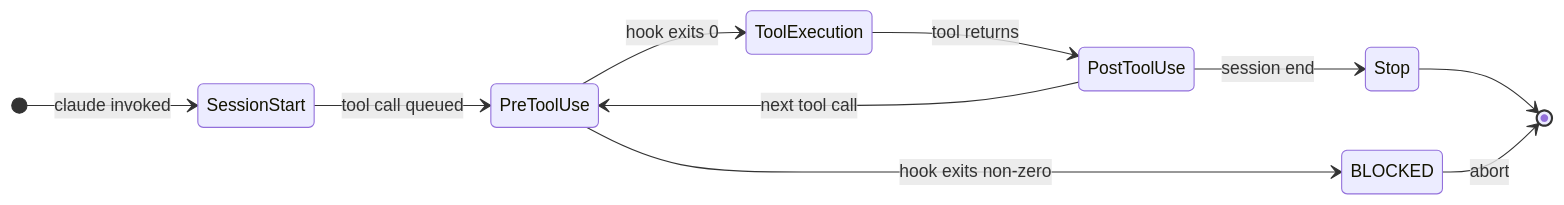
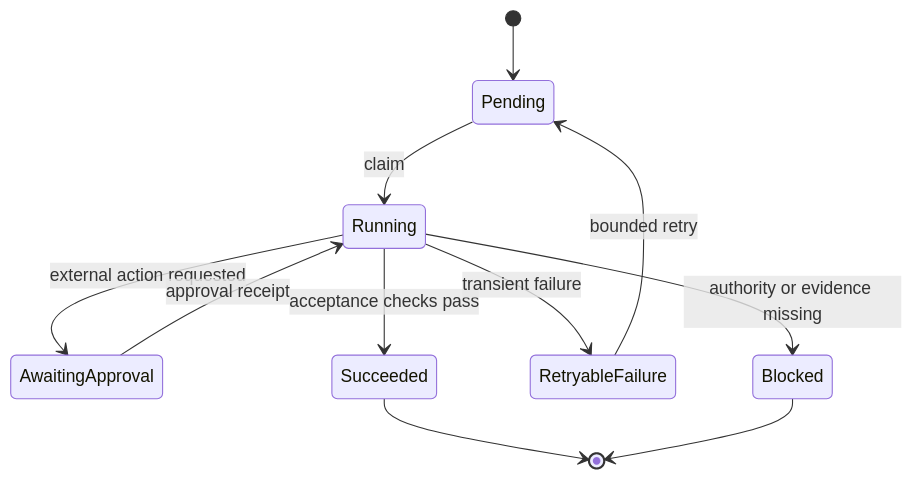
The second of 2 diagrams in docs/llm-agents/uml-driven-agent-development.md (AnastasiyaW/knowledge-space), drawn with Mermaid before and after one commit. The commit also changed other lines of this file and 12 other files, not shown here.

````diff
--- a/docs/llm-agents/uml-driven-agent-development.md
+++ b/docs/llm-agents/uml-driven-agent-development.md
@@ -90,17 +49,13 @@
 ```mermaid
 stateDiagram-v2
-    direction LR
-    [*] --> SessionStart : claude invoked
-
-    SessionStart --> PreToolUse : tool call queued
-    PreToolUse --> BLOCKED : hook exits non-zero
-    PreToolUse --> ToolExecution : hook exits 0
-
-    ToolExecution --> PostToolUse : tool returns
-    PostToolUse --> PreToolUse : next tool call
-    PostToolUse --> Stop : session end
-
-    Stop --> [*]
-
-    BLOCKED --> [*] : abort
+    [*] --> Pending
+    Pending --> Running: claim
+    Running --> AwaitingApproval: external action requested
+    AwaitingApproval --> Running: approval receipt
+    Running --> Succeeded: acceptance checks pass
+    Running --> RetryableFailure: transient failure
+    RetryableFailure --> Pending: bounded retry
+    Running --> Blocked: authority or evidence missing
+    Succeeded --> [*]
+    Blocked --> [*]
 ```
````
